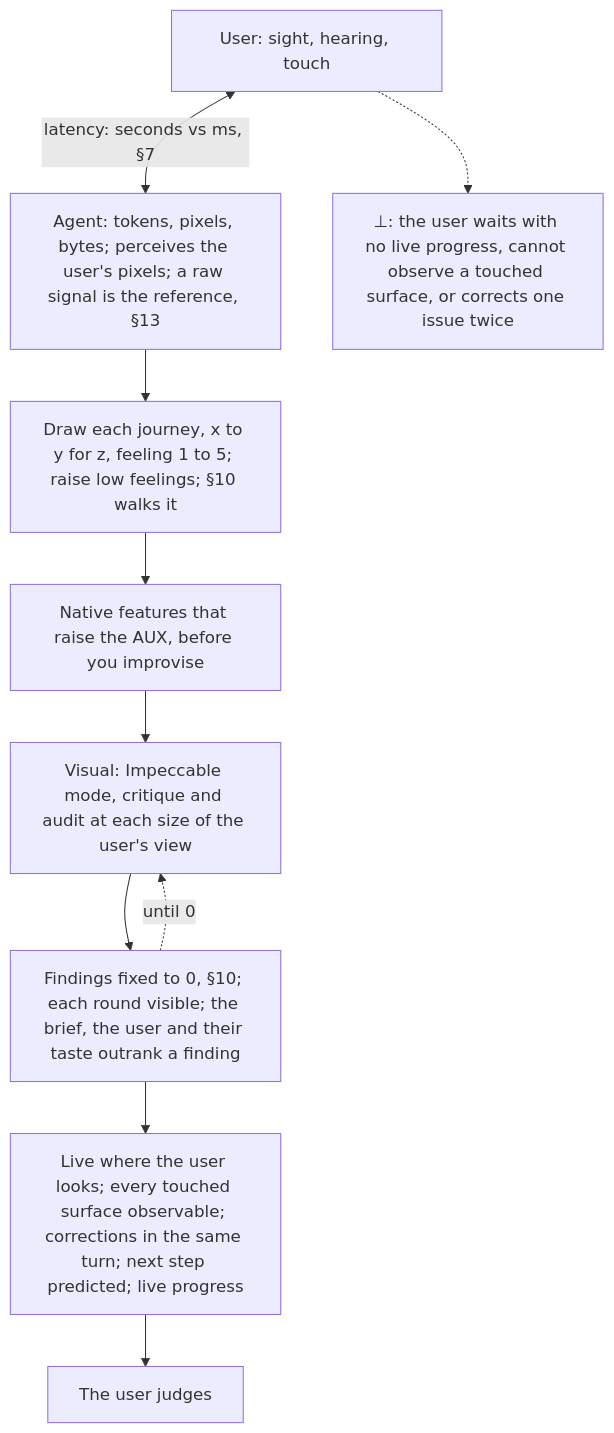
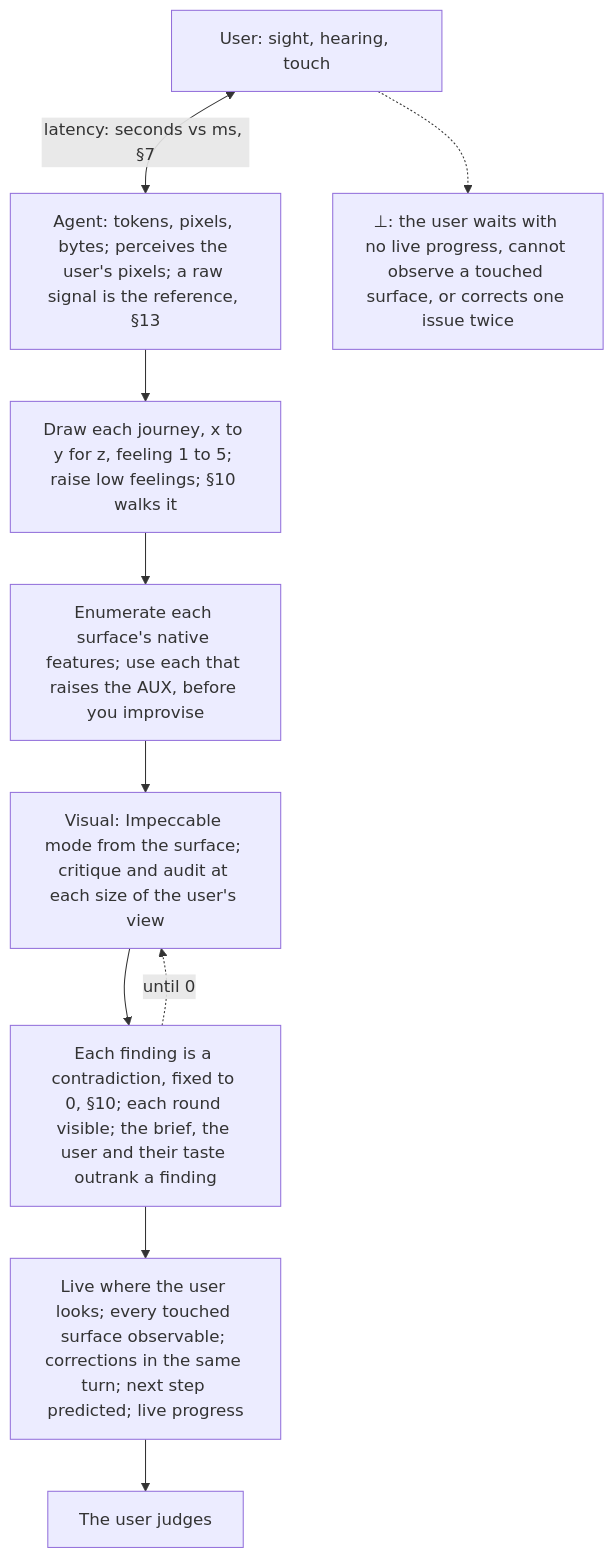
The third of 14 diagrams in AGENTS.md (SolenixAI/arbiter), drawn with Mermaid before and after one commit. The commit also changed other lines of this file and 1 other file, not shown here.

````diff
--- a/AGENTS.md
+++ b/AGENTS.md
@@ -113,12 +113,12 @@
 ```mermaid
 flowchart TD
   US["User: sight, hearing, touch"] <-->|"latency: seconds vs ms, §7"| AG["Agent: tokens, pixels, bytes; perceives the user's pixels; a raw signal is the reference, §13"]
   AG --> M["Draw each journey, x to y for z, feeling 1 to 5; raise low feelings; §10 walks it"]
-  M --> B["Native features that raise the AUX, before you improvise"]
-  B --> P["Visual: Impeccable mode, critique and audit at each size of the user's view"]
-  P --> F["Findings fixed to 0, §10; each round visible; the brief, the user and their taste outrank a finding"]
+  M --> B["Enumerate each surface's native features; use each that raises the AUX, before you improvise"]
+  B --> P["Visual: Impeccable mode from the surface; critique and audit at each size of the user's view"]
+  P --> F["Each finding is a contradiction, fixed to 0, §10; each round visible; the brief, the user and their taste outrank a finding"]
   F -.->|until 0| P
   F --> T["Live where the user looks; every touched surface observable; corrections in the same turn; next step predicted; live progress"]
   T --> J["The user judges"]
   US -.-> BOT["⊥: the user waits with no live progress, cannot observe a touched surface, or corrects one issue twice"]
 ```
````
